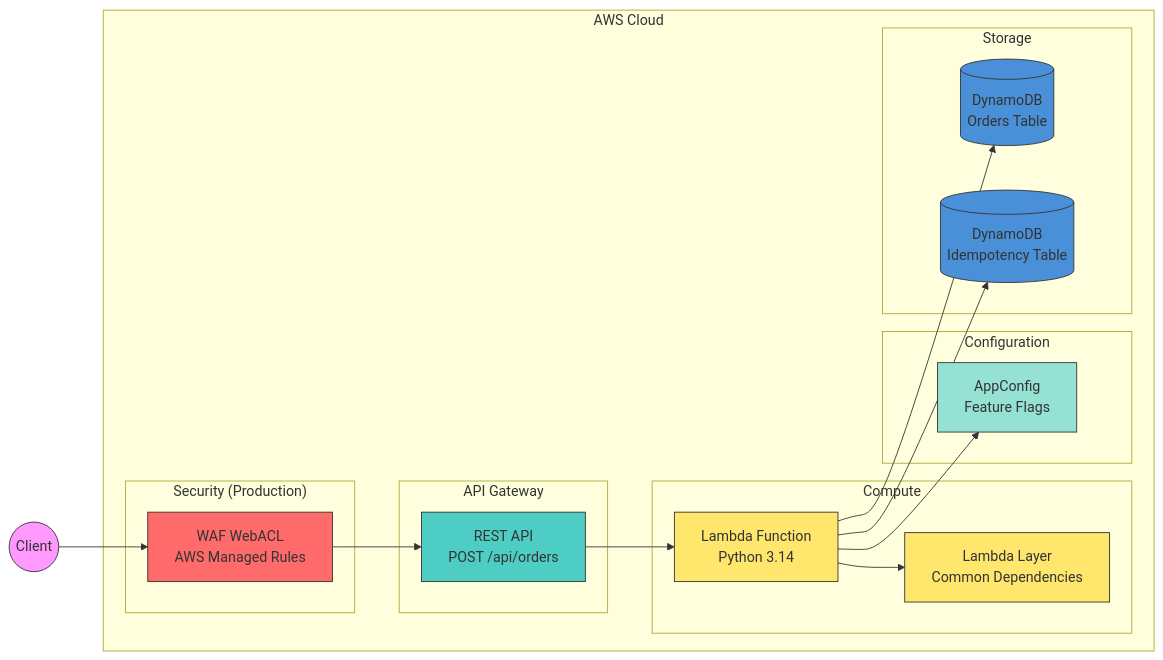
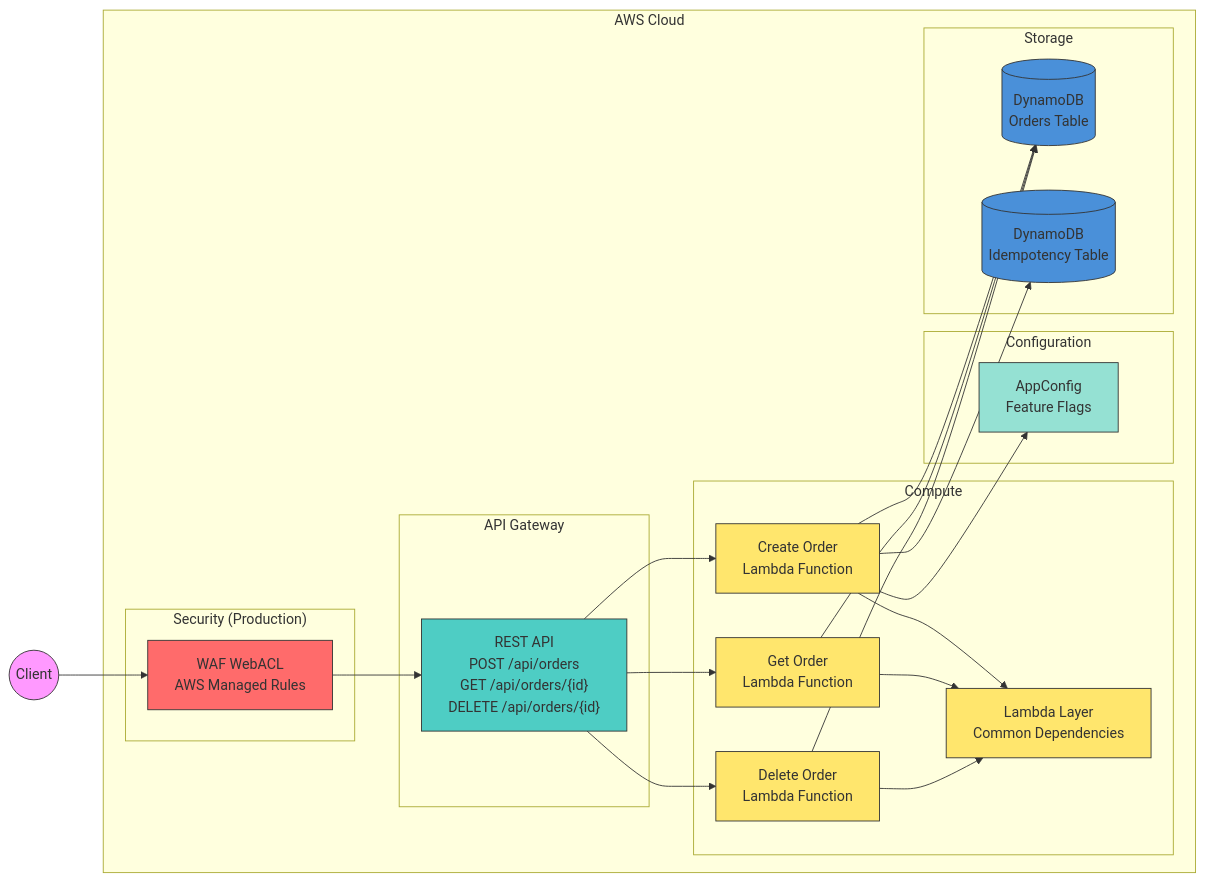
Before and after one commit to ran-isenberg/aws-lambda-handler-cookbook: the first of 2 diagrams in README.md, drawn with Mermaid. The commit also changed other lines of this file and 26 other files, not shown here.

Commit message:
feature: add  GET order and DELETE order APIs (#1040)

````diff
--- a/README.md
+++ b/README.md
@@ -86,43 +89,53 @@
 ```mermaid
 flowchart LR
     subgraph AWS["AWS Cloud"]
         subgraph APIGW["API Gateway"]
-            REST["REST API<br/>POST /api/orders"]
+            REST["REST API<br/>POST /api/orders<br/>GET /api/orders/{id}<br/>DELETE /api/orders/{id}"]
         end
 
         subgraph Security["Security (Production)"]
             WAF["WAF WebACL<br/>AWS Managed Rules"]
         end
 
         subgraph Compute["Compute"]
-            LAMBDA["Lambda Function<br/>Python 3.14"]
+            CREATE["Create Order<br/>Lambda Function"]
+            GET["Get Order<br/>Lambda Function"]
+            DELETE["Delete Order<br/>Lambda Function"]
             LAYER["Lambda Layer<br/>Common Dependencies"]
         end
 
         subgraph Config["Configuration"]
             APPCONFIG["AppConfig<br/>Feature Flags"]
         end
 
         subgraph Storage["Storage"]
             DDB[("DynamoDB<br/>Orders Table")]
             IDEMPOTENCY[("DynamoDB<br/>Idempotency Table")]
         end
     end
 
     CLIENT((Client)) --> WAF
     WAF --> REST
-    REST --> LAMBDA
-    LAMBDA --> LAYER
-    LAMBDA --> APPCONFIG
-    LAMBDA --> DDB
-    LAMBDA --> IDEMPOTENCY
+    REST --> CREATE
+    REST --> GET
+    REST --> DELETE
+    CREATE --> LAYER
+    GET --> LAYER
+    DELETE --> LAYER
+    CREATE --> APPCONFIG
+    CREATE --> DDB
+    CREATE --> IDEMPOTENCY
+    GET --> DDB
+    DELETE --> DDB
 
     style CLIENT fill:#f9f,stroke:#333
     style WAF fill:#ff6b6b,stroke:#333
     style REST fill:#4ecdc4,stroke:#333
-    style LAMBDA fill:#ffe66d,stroke:#333
+    style CREATE fill:#ffe66d,stroke:#333
+    style GET fill:#ffe66d,stroke:#333
+    style DELETE fill:#ffe66d,stroke:#333
     style LAYER fill:#ffe66d,stroke:#333
     style APPCONFIG fill:#95e1d3,stroke:#333
     style DDB fill:#4a90d9,stroke:#333
     style IDEMPOTENCY fill:#4a90d9,stroke:#333
 ```
````
